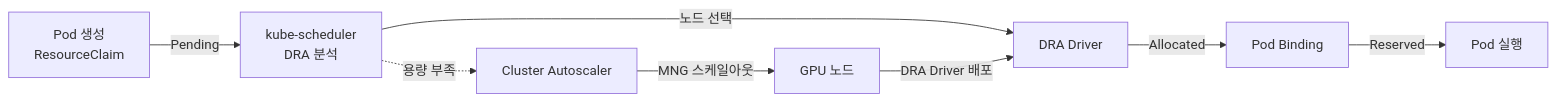
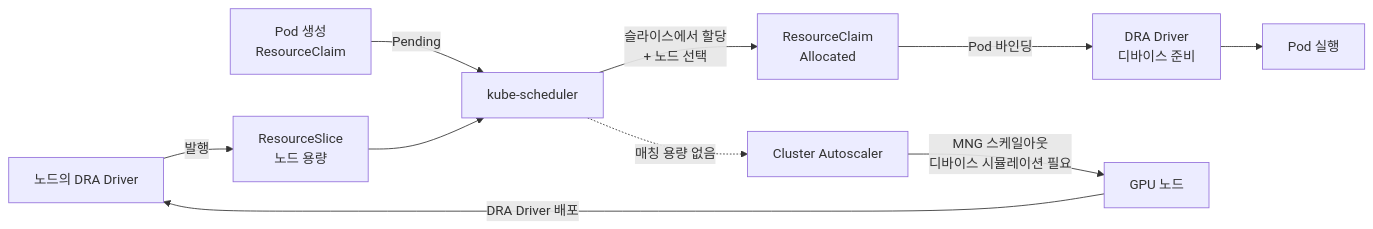
Before and after one commit to devfloor9/engineering-playbook: the first of 3 diagrams in i18n/ko/docusaurus-plugin-content-docs/current/agentic-ai-platform/model-serving/gpu-infrastructure/gpu-resource-management.md, drawn with Mermaid. The commit also changed other lines of this file and 20 other files, not shown here.

````diff
--- a/i18n/ko/docusaurus-plugin-content-docs/current/agentic-ai-platform/model-serving/gpu-infrastructure/gpu-resource-management.md
+++ b/i18n/ko/docusaurus-plugin-content-docs/current/agentic-ai-platform/model-serving/gpu-infrastructure/gpu-resource-management.md
@@ -245,11 +245,13 @@
 ```mermaid
 flowchart LR
-    A[Pod 생성<br/>ResourceClaim] -->|Pending| B[kube-scheduler<br/>DRA 분석]
-    B -->|노드 선택| D[DRA Driver]
-    D -->|Allocated| E[Pod Binding]
-    E -->|Reserved| F[Pod 실행]
+    DRV[노드의 DRA Driver] -->|발행| RS[ResourceSlice<br/>노드 용량]
+    A[Pod 생성<br/>ResourceClaim] -->|Pending| B[kube-scheduler]
+    RS --> B
+    B -->|슬라이스에서 할당<br/>+ 노드 선택| ALLOC[ResourceClaim<br/>Allocated]
+    ALLOC -->|Pod 바인딩| PREP[DRA Driver<br/>디바이스 준비]
+    PREP --> F[Pod 실행]
 
-    B -.->|용량 부족| CA[Cluster Autoscaler]
-    CA -->|MNG 스케일아웃| N[GPU 노드]
-    N -->|DRA Driver 배포| D
+    B -.->|매칭 용량 없음| CA[Cluster Autoscaler]
+    CA -->|MNG 스케일아웃<br/>디바이스 시뮬레이션 필요| N[GPU 노드]
+    N -->|DRA Driver 배포| DRV
 ```
````
